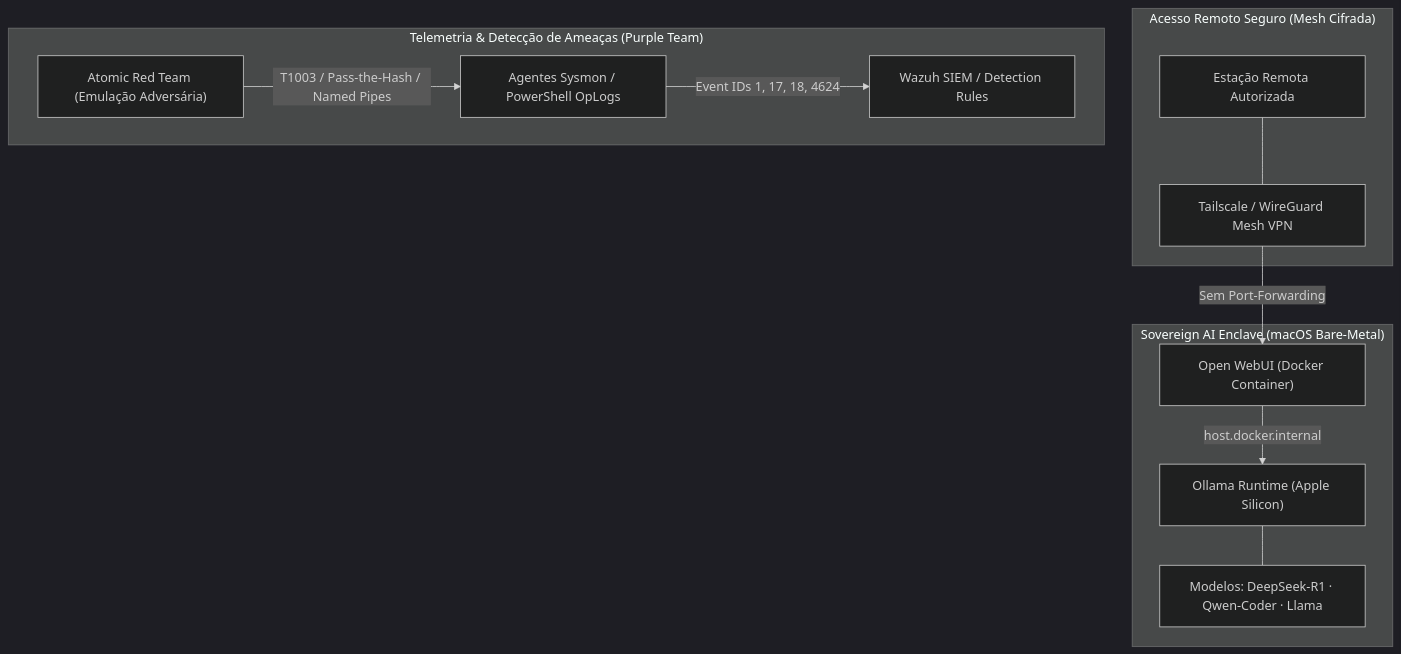
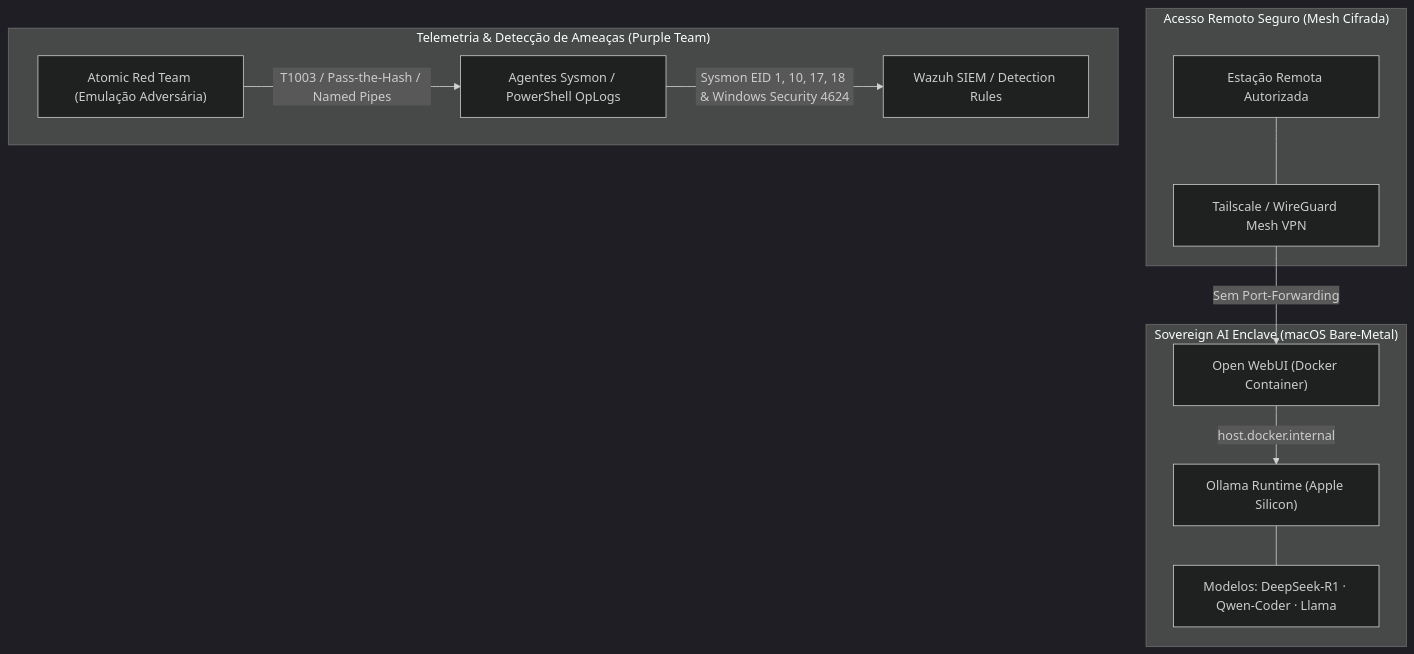
Before and after one commit to mister-m-1337/mister-m-1337: the sixth of 9 diagrams in README.md, drawn with Mermaid (dark theme). The commit also changed other lines of this file, not shown here.

````diff
--- a/README.md
+++ b/README.md
@@ -305,27 +305,27 @@
 ```mermaid
 flowchart TD
     subgraph Client_Access ["Acesso Remoto Seguro (Mesh Cifrada)"]
         Operator["Estação Remota Autorizada"]
         Tailscale["Tailscale / WireGuard Mesh VPN"]
         Operator --- Tailscale
     end
 
     subgraph Local_Enclave ["Sovereign AI Enclave (macOS Bare-Metal)"]
         WebUI["Open WebUI (Docker Container)"]
         Ollama["Ollama Runtime (Apple Silicon)"]
         Models["Modelos: DeepSeek-R1 · Qwen-Coder · Llama"]
 
         Tailscale -->|Sem Port-Forwarding| WebUI
         WebUI -->|host.docker.internal| Ollama
         Ollama --- Models
     end
 
     subgraph Detection_Engine ["Telemetria & Detecção de Ameaças (Purple Team)"]
         Atomic["Atomic Red Team (Emulação Adversária)"]
         Sysmon["Agentes Sysmon / PowerShell OpLogs"]
         Wazuh["Wazuh SIEM / Detection Rules"]
 
         Atomic -->|T1003 / Pass-the-Hash / Named Pipes| Sysmon
-        Sysmon -->|Event IDs 1, 17, 18, 4624| Wazuh
+        Sysmon -->|"Sysmon EID 1, 10, 17, 18 & Windows Security 4624"| Wazuh
     end
 ```
````
